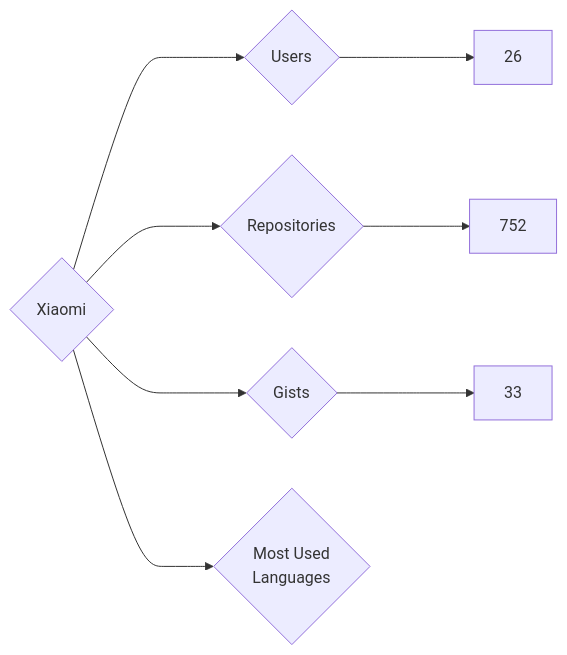
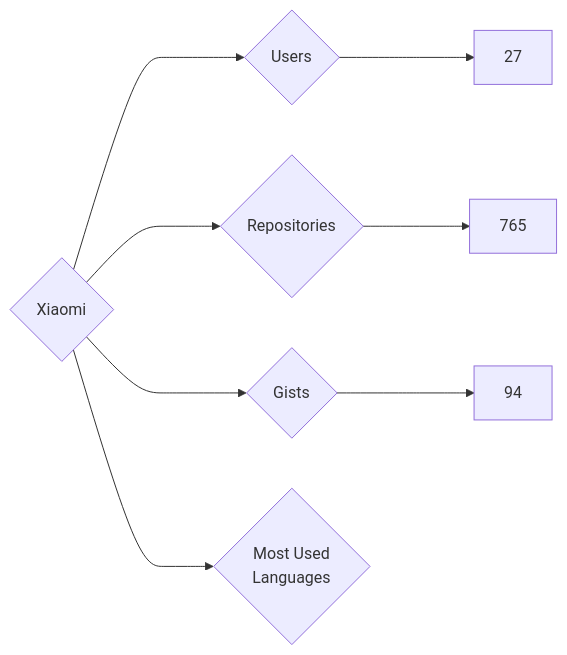
One commit to nenadzaric/insiders changed the diagram in targets/Xiaomi/README.md. Above: the diagram before and after it, drawn with Mermaid. The commit also changed 1342 other files, not shown here.

````diff
--- a/targets/Xiaomi/README.md
+++ b/targets/Xiaomi/README.md
@@ -3,8 +3,8 @@
 ```mermaid
 graph LR
 COMPANY_NAME{Xiaomi}
-COMPANY_NAME ---> U{Users} ---> UN[26]
-COMPANY_NAME ---> R{Repositories} ---> RN[752]
-COMPANY_NAME ---> G{Gists} ---> GN[33]
+COMPANY_NAME ---> U{Users} ---> UN[27]
+COMPANY_NAME ---> R{Repositories} ---> RN[765]
+COMPANY_NAME ---> G{Gists} ---> GN[94]
 COMPANY_NAME ---> ML{Most Used<br>Languages}
 ```
````
